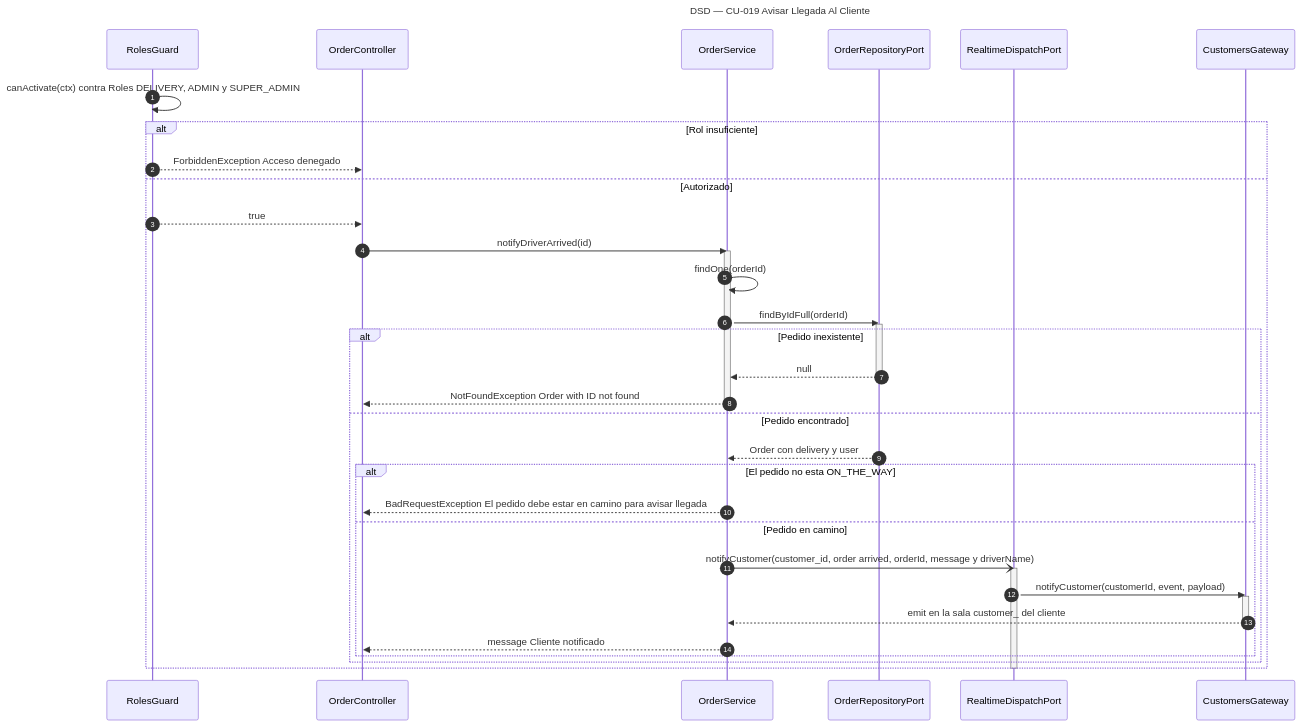
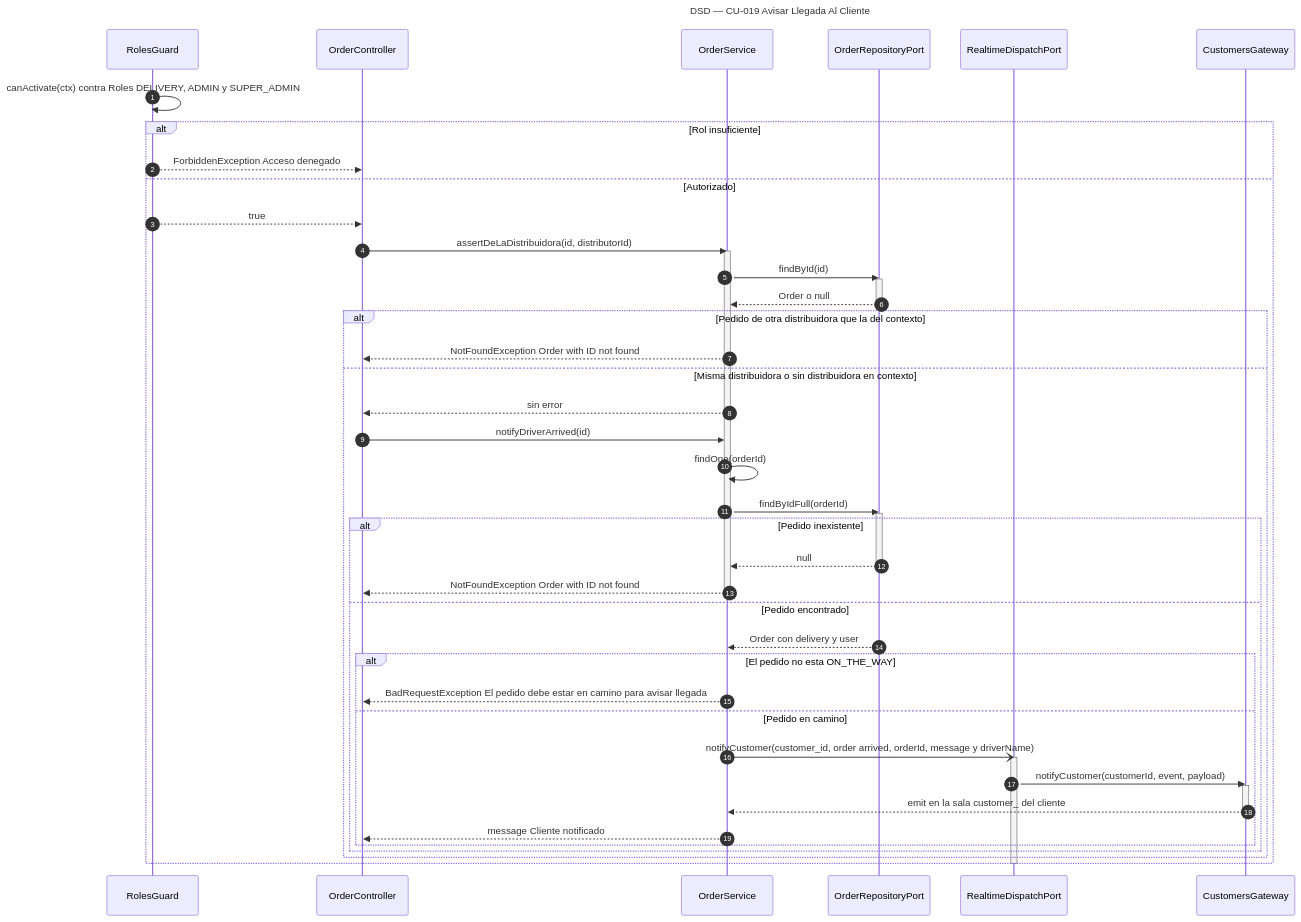
One commit to Nahuelito-Dev/splg-docs changed the diagram in diagramas/DSD_CU-019_Avisar-Llegada-Al-Cliente.mmd. Above: the diagram before and after it, drawn with Mermaid. The commit also changed 20 other files, not shown here.

```diff
--- a/diagramas/DSD_CU-019_Avisar-Llegada-Al-Cliente.mmd
+++ b/diagramas/DSD_CU-019_Avisar-Llegada-Al-Cliente.mmd
@@ -1,41 +1,51 @@
 sequenceDiagram
     title DSD — CU-019 Avisar Llegada Al Cliente
     autonumber
     participant RG as RolesGuard
     participant CTRL as OrderController
     participant SRV as OrderService
     participant ORD as OrderRepositoryPort
     participant RT as RealtimeDispatchPort
     participant CGW as CustomersGateway
 
     RG->>RG: canActivate(ctx) contra Roles DELIVERY, ADMIN y SUPER_ADMIN
     alt Rol insuficiente
         RG-->>CTRL: ForbiddenException Acceso denegado
     else Autorizado
         RG-->>CTRL: true
-        CTRL->>SRV: notifyDriverArrived(id)
+        CTRL->>SRV: assertDeLaDistribuidora(id, distributorId)
         activate SRV
-        SRV->>SRV: findOne(orderId)
-        SRV->>ORD: findByIdFull(orderId)
+        SRV->>ORD: findById(id)
         activate ORD
-        alt Pedido inexistente
-            ORD-->>SRV: null
-            deactivate ORD
+        ORD-->>SRV: Order o null
+        deactivate ORD
+        alt Pedido de otra distribuidora que la del contexto
             SRV-->>CTRL: NotFoundException Order with ID not found
-            deactivate SRV
-        else Pedido encontrado
-            ORD-->>SRV: Order con delivery y user
-            alt El pedido no esta ON_THE_WAY
-                SRV-->>CTRL: BadRequestException El pedido debe estar en camino para avisar llegada
-            else Pedido en camino
-                SRV-)RT: notifyCustomer(customer_id, order arrived, orderId, message y driverName)
-                activate RT
-                RT->>CGW: notifyCustomer(customerId, event, payload)
-                activate CGW
-                CGW-->>SRV: emit en la sala customer_ del cliente
-                deactivate CGW
-                SRV-->>CTRL: message Cliente notificado
+        else Misma distribuidora o sin distribuidora en contexto
+            SRV-->>CTRL: sin error
+            CTRL->>SRV: notifyDriverArrived(id)
+            SRV->>SRV: findOne(orderId)
+            SRV->>ORD: findByIdFull(orderId)
+            activate ORD
+            alt Pedido inexistente
+                ORD-->>SRV: null
+                deactivate ORD
+                SRV-->>CTRL: NotFoundException Order with ID not found
+                deactivate SRV
+            else Pedido encontrado
+                ORD-->>SRV: Order con delivery y user
+                alt El pedido no esta ON_THE_WAY
+                    SRV-->>CTRL: BadRequestException El pedido debe estar en camino para avisar llegada
+                else Pedido en camino
+                    SRV-)RT: notifyCustomer(customer_id, order arrived, orderId, message y driverName)
+                    activate RT
+                    RT->>CGW: notifyCustomer(customerId, event, payload)
+                    activate CGW
+                    CGW-->>SRV: emit en la sala customer_ del cliente
+                    deactivate CGW
+                    SRV-->>CTRL: message Cliente notificado
+                end
             end
         end
     end
     deactivate RT
```
